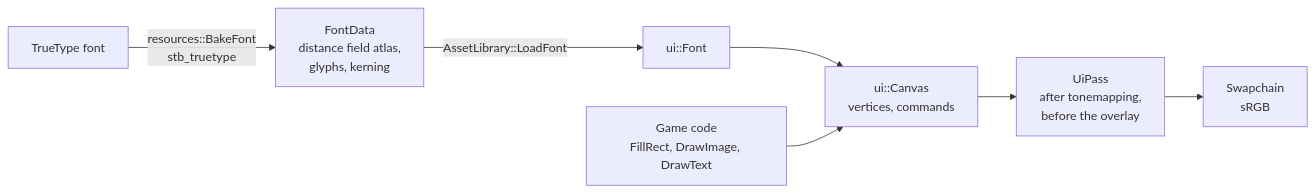
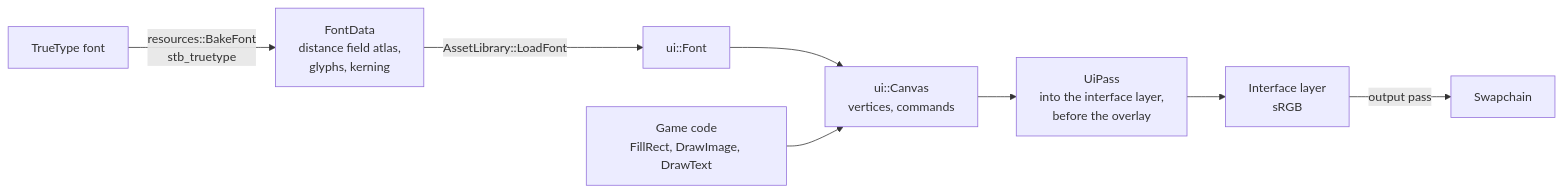
Before and after one commit to SBXdev3D/daidalos-engine-next: diagram 11 of 13 in docs/ARCHITECTURE.md, drawn with Mermaid. The commit also changed other lines of this file and 42 other files, not shown here.

````diff
--- a/docs/ARCHITECTURE.md
+++ b/docs/ARCHITECTURE.md
@@ -233,9 +252,10 @@
 ```mermaid
 flowchart LR
     TTF["TrueType font"] -->|"resources::BakeFont<br/>stb_truetype"| FD["FontData<br/>distance field atlas,<br/>glyphs, kerning"]
     FD -->|"AssetLibrary::LoadFont"| F["ui::Font"]
     F --> C["ui::Canvas<br/>vertices, commands"]
     G["Game code<br/>FillRect, DrawImage, DrawText"] --> C
-    C --> U["UiPass<br/>after tonemapping,<br/>before the overlay"]
-    U --> S["Swapchain<br/>sRGB"]
+    C --> U["UiPass<br/>into the interface layer,<br/>before the overlay"]
+    U --> L["Interface layer<br/>sRGB"]
+    L -->|"output pass"| S["Swapchain"]
 ```
````
